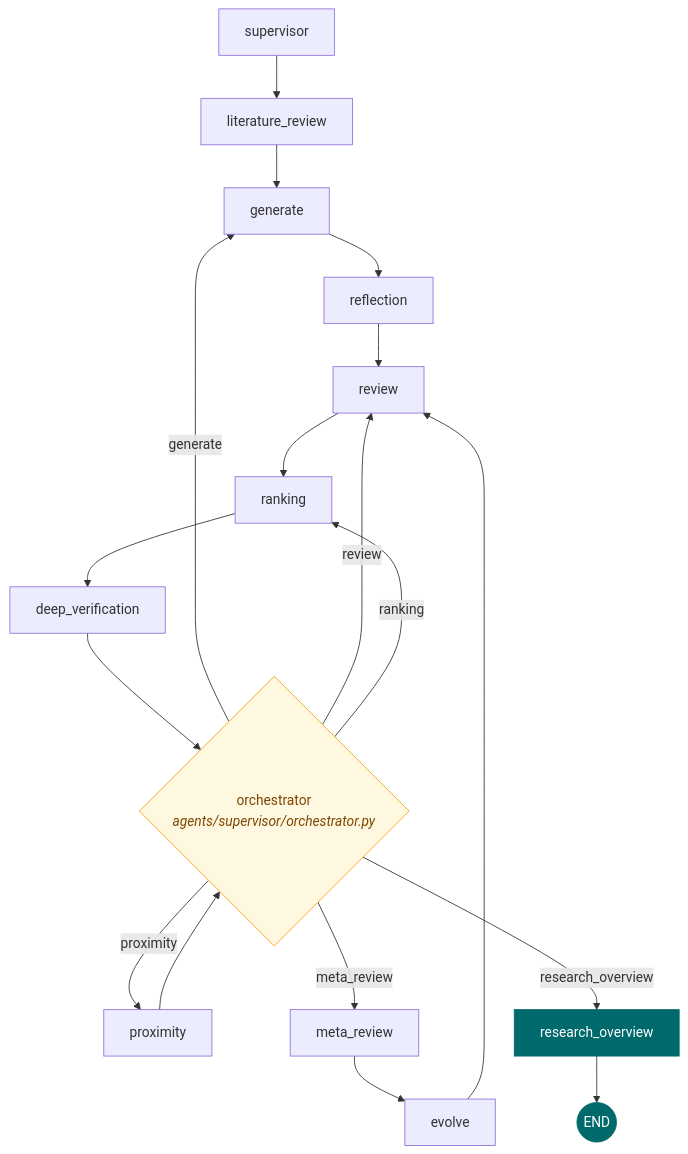
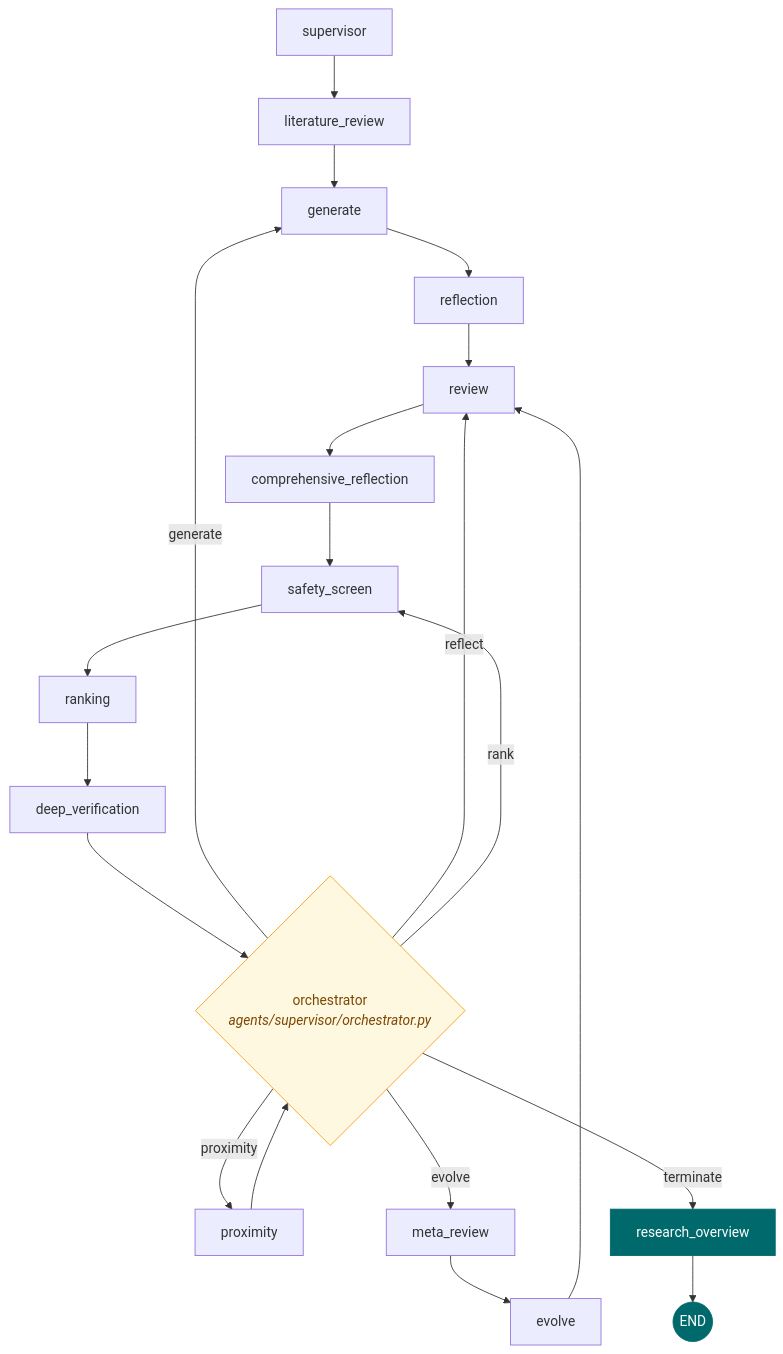
Before and after one commit to guy915/Co-Scientist: the first of 4 diagrams in docs/EXPLAINER.md, drawn with Mermaid. The commit also changed other lines of this file and 5 other files, not shown here.

````diff
--- a/docs/EXPLAINER.md
+++ b/docs/EXPLAINER.md
@@ -75,24 +77,24 @@
 ```mermaid
 flowchart TD
   SUP["supervisor"] --> LR["literature_review"] --> GEN["generate"] --> REF["reflection"] --> REV["review"]
-  REV --> RK["ranking"]
+  REV --> CR["comprehensive_reflection"] --> SS["safety_screen"] --> RK["ranking"]
   RK --> DV["deep_verification"]
   DV --> ORCH{"orchestrator<br/><i>agents/supervisor/orchestrator.py</i>"}
   PROX["proximity"] --> ORCH
 
   ORCH -->|generate| GEN
-  ORCH -->|review| REV
-  ORCH -->|ranking| RK
-  ORCH -->|meta_review| MR["meta_review"]
+  ORCH -->|reflect| REV
+  ORCH -->|rank| SS
+  ORCH -->|evolve| MR["meta_review"]
   ORCH -->|proximity| PROX
-  ORCH -->|research_overview| RO["research_overview"]
+  ORCH -->|terminate| RO["research_overview"]
 
   MR --> EV["evolve"]
   EV --> REV
   RO --> END((END))
 
   classDef router fill:#FFF8E1,stroke:#F59E0B,color:#7C4700;
   classDef term fill:#00696C,stroke:#00696C,color:#fff;
   class ORCH router;
   class RO,END term;
 ```
````
